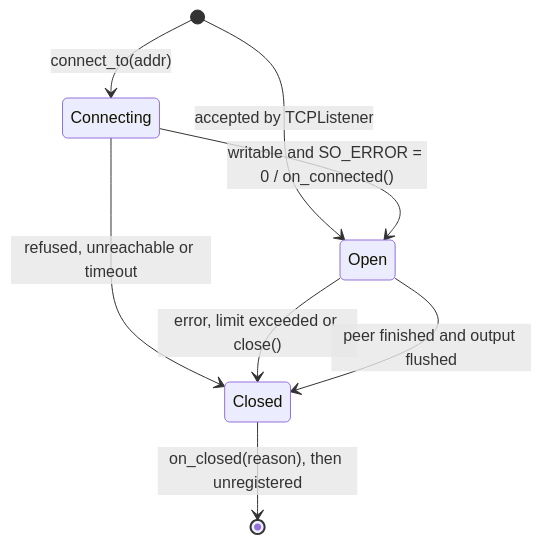
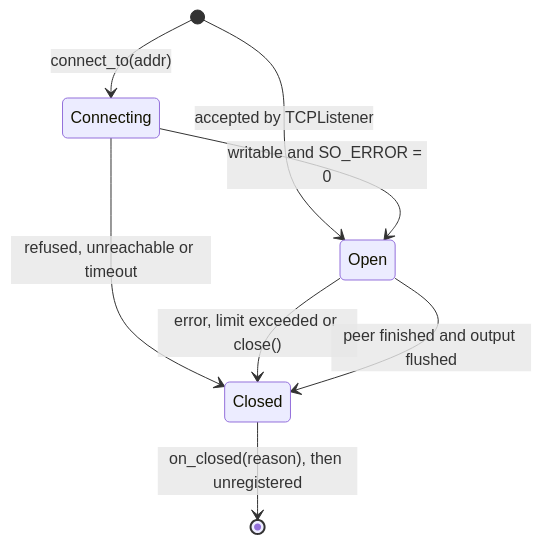
Before and after one commit to vasilev-anri/distributed_key-value_database: the fourth of 4 diagrams in README.md, drawn with Mermaid. The commit also changed other lines of this file, not shown here.

````diff
--- a/README.md
+++ b/README.md
@@ -297,10 +208,10 @@
 ```mermaid
 stateDiagram-v2
     [*] --> Connecting : connect_to(addr)
     [*] --> Open : accepted by TCPListener
-    Connecting --> Open : writable and SO_ERROR = 0 / on_connected()
+    Connecting --> Open : writable and SO_ERROR = 0
     Connecting --> Closed : refused, unreachable or timeout
     Open --> Closed : error, limit exceeded or close()
     Open --> Closed : peer finished and output flushed
     Closed --> [*] : on_closed(reason), then unregistered
 ```
````
